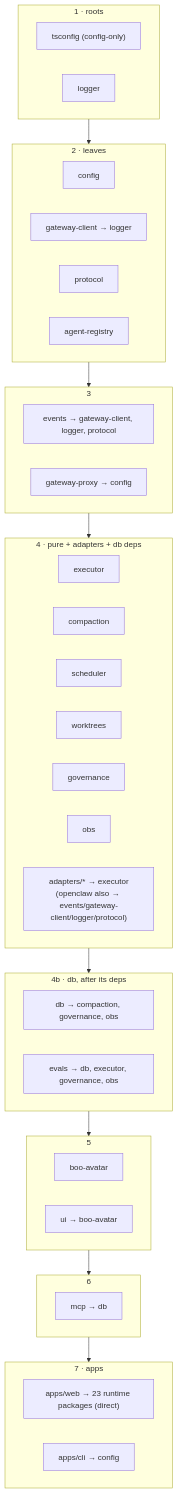
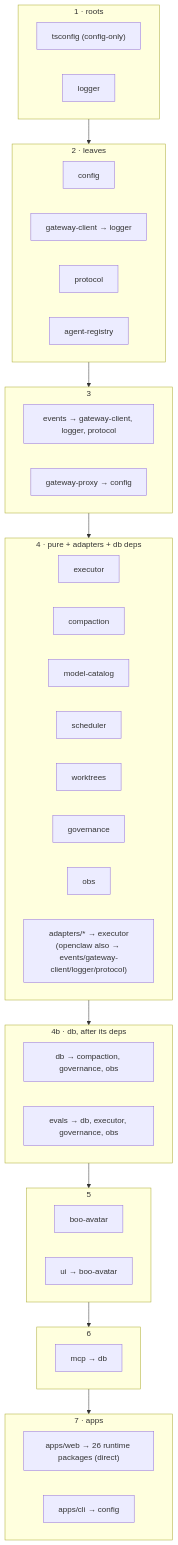
Before and after one commit to clawboo/clawboo: the second of 2 diagrams in docs/internals/monorepo-and-build.md, drawn with Mermaid. The commit also changed other lines of this file and 26 other files, not shown here.

First line of the commit message:
feat(lint): enforce layer boundaries and update model catalog dependencies

````diff
--- a/docs/internals/monorepo-and-build.md
+++ b/docs/internals/monorepo-and-build.md
@@ -73,43 +87,44 @@
 ```mermaid
 graph TD
   subgraph t1["1 · roots"]
     tsconfig["tsconfig (config-only)"]
     logger["logger"]
   end
   subgraph t2["2 · leaves"]
     config["config"]
     gc["gateway-client → logger"]
     protocol["protocol"]
     ar["agent-registry"]
   end
   subgraph t3["3"]
     events["events → gateway-client, logger, protocol"]
     gp["gateway-proxy → config"]
   end
   subgraph t4["4 · pure + adapters + db deps"]
     executor["executor"]
     compaction["compaction"]
+    modelcatalog["model-catalog"]
     scheduler["scheduler"]
     worktrees["worktrees"]
     governance["governance"]
     obs["obs"]
     adapters["adapters/* → executor<br/>(openclaw also → events/gateway-client/logger/protocol)"]
   end
   subgraph t4b["4b · db, after its deps"]
     db["db → compaction, governance, obs"]
     evals["evals → db, executor, governance, obs"]
   end
   subgraph t5["5"]
     booavatar["boo-avatar"]
     ui["ui → boo-avatar"]
   end
   subgraph t6["6"]
     mcp["mcp → db"]
   end
   subgraph t7["7 · apps"]
-    web["apps/web → 23 runtime packages (direct)"]
+    web["apps/web → 26 runtime packages (direct)"]
     cli["apps/cli → config"]
   end
 
   t1 --> t2 --> t3 --> t4 --> t4b --> t5 --> t6 --> t7
 ```
````
